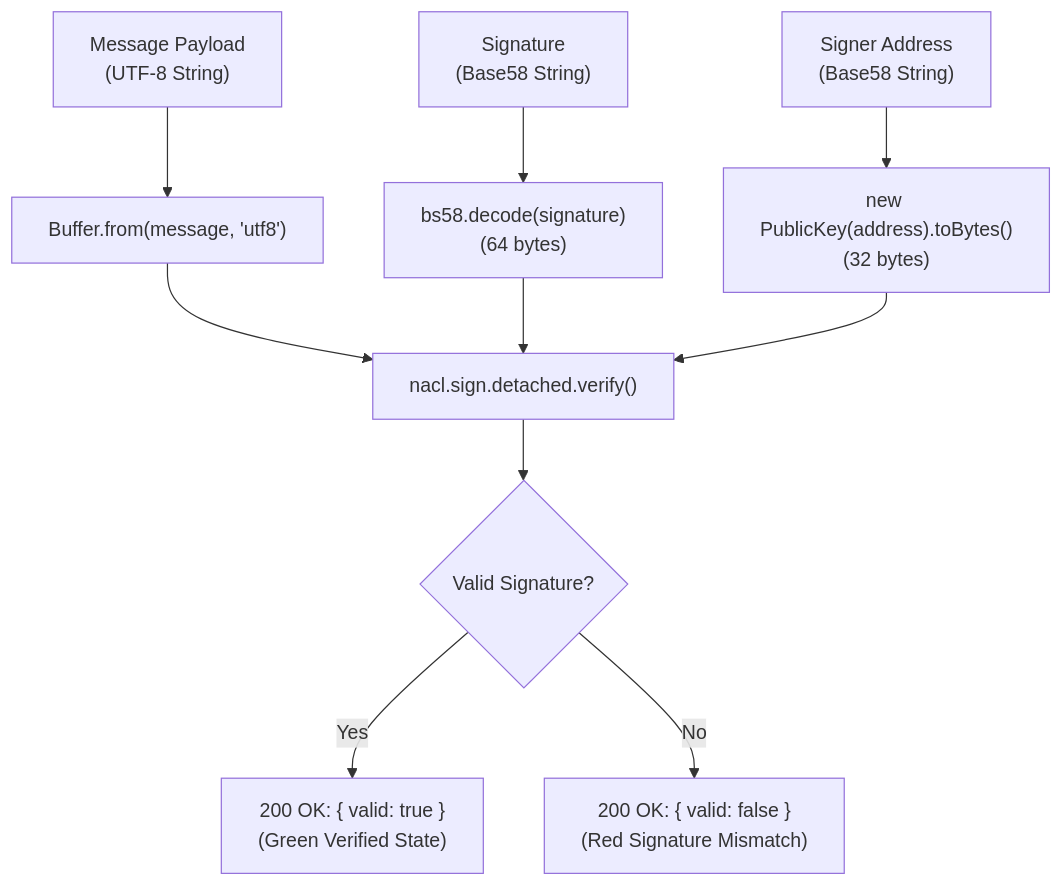
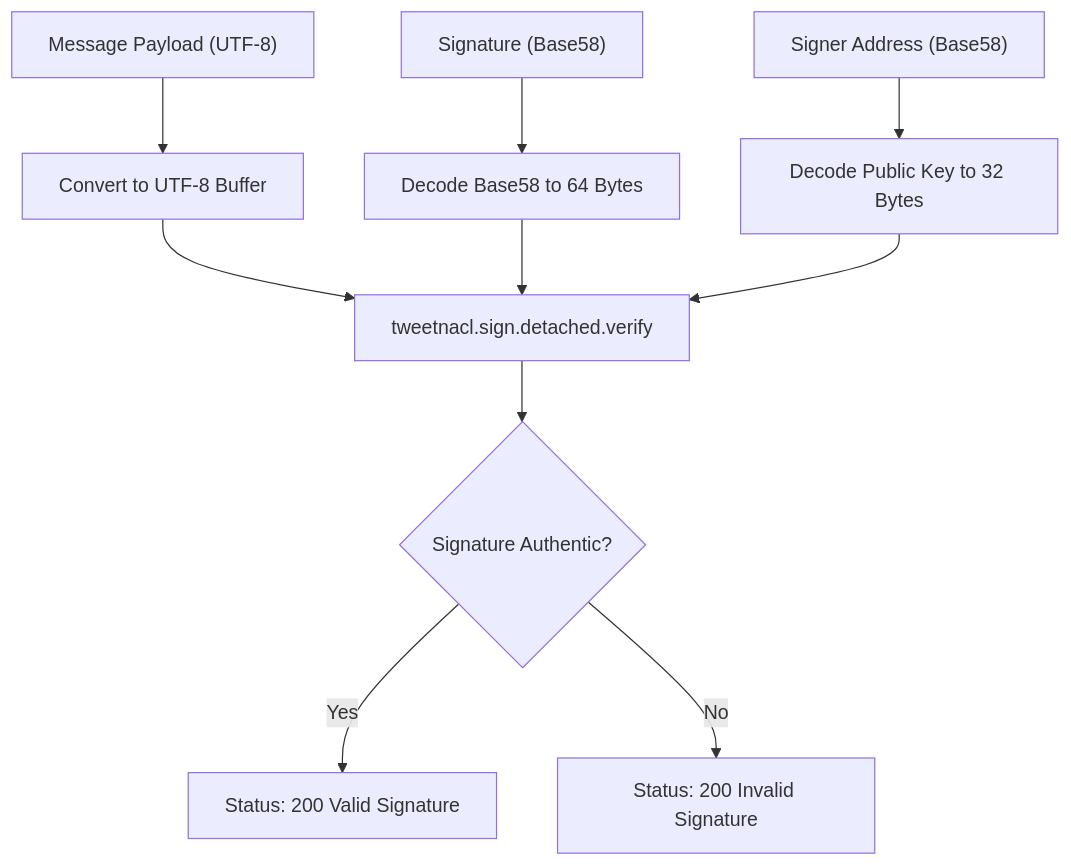
The fourth of 4 diagrams in README.md (Amitaarav/solana-address-book), drawn with Mermaid before and after one commit. The commit also changed other lines of this file, not shown here.

````diff
--- a/README.md
+++ b/README.md
@@ -70,14 +103,14 @@
 ```mermaid
 flowchart TD
-    Msg["Message Payload<br/>(UTF-8 String)"] --> MsgBytes["Buffer.from(message, 'utf8')"]
-    Sig["Signature<br/>(Base58 String)"] --> SigBytes["bs58.decode(signature)<br/>(64 bytes)"]
-    Pubkey["Signer Address<br/>(Base58 String)"] --> PubBytes["new PublicKey(address).toBytes()<br/>(32 bytes)"]
+    Msg["Message Payload (UTF-8)"] --> MsgBytes["Convert to UTF-8 Buffer"]
+    Sig["Signature (Base58)"] --> SigBytes["Decode Base58 to 64 Bytes"]
+    Pubkey["Signer Address (Base58)"] --> PubBytes["Decode Public Key to 32 Bytes"]
 
-    MsgBytes --> NaclVerify["nacl.sign.detached.verify()"]
-    SigBytes --> NaclVerify
-    PubBytes --> NaclVerify
+    MsgBytes --> Verify["tweetnacl.sign.detached.verify"]
+    SigBytes --> Verify
+    PubBytes --> Verify
 
-    NaclVerify --> Decision{"Valid Signature?"}
-    Decision -- Yes --> Success["200 OK: { valid: true }<br/>(Green Verified State)"]
-    Decision -- No --> Failure["200 OK: { valid: false }<br/>(Red Signature Mismatch)"]
+    Verify --> Check{"Signature Authentic?"}
+    Check -->|Yes| Valid["Status: 200 Valid Signature"]
+    Check -->|No| Invalid["Status: 200 Invalid Signature"]
 ```
````
